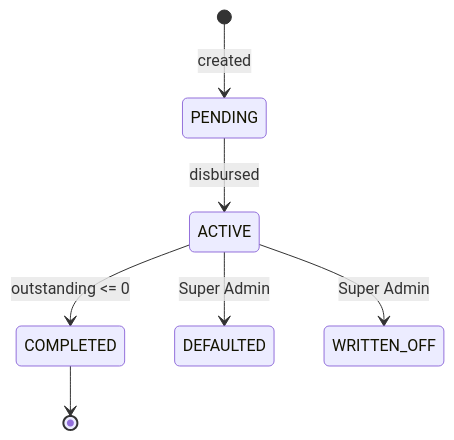
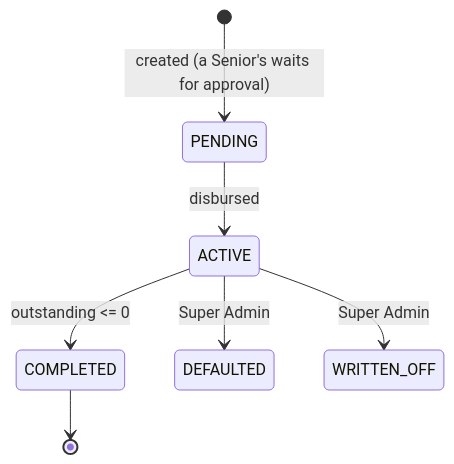
One commit to selvadev-01/finance-crm changed the diagram in docs/01-product/modules/M05-accounts.md. Above: the diagram before and after it, drawn with Mermaid. The commit also changed other lines of this file and 69 other files, not shown here.

````diff
--- a/docs/01-product/modules/M05-accounts.md
+++ b/docs/01-product/modules/M05-accounts.md
@@ -97,9 +97,9 @@
 ```mermaid
 stateDiagram-v2
-    [*] --> PENDING: created
+    [*] --> PENDING: created (a Senior's waits for approval)
     PENDING --> ACTIVE: disbursed
     ACTIVE --> COMPLETED: outstanding <= 0
     ACTIVE --> DEFAULTED: Super Admin
     ACTIVE --> WRITTEN_OFF: Super Admin
     COMPLETED --> [*]
 ```
````
